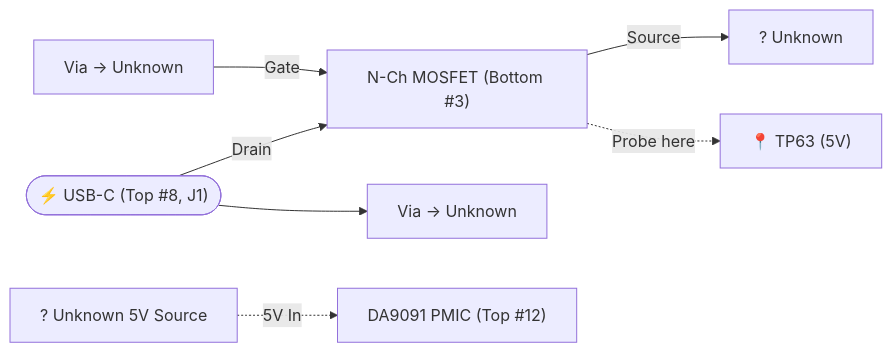
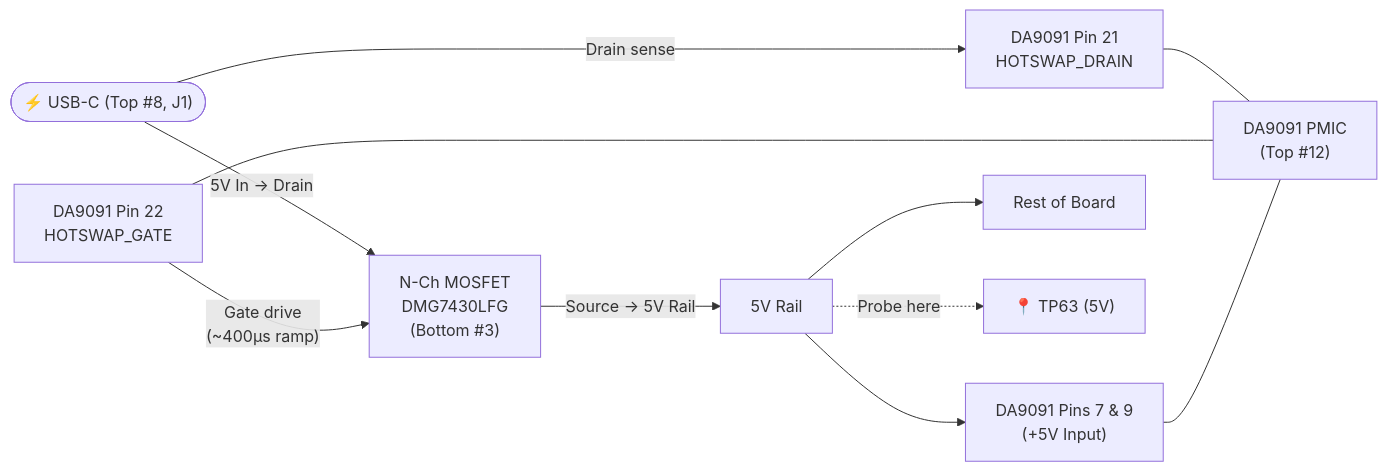
One commit to dpetzel/rpi-site changed the diagram in docs/pi5/troubleshooting/5v-power-flow.md. Above: the diagram before and after it, drawn with Mermaid. The commit also changed other lines of this file and 3 other files, not shown here.

First line of the commit message:
pi5: add DA9091 PMIC pin mapping and power rail data from CM5 reverse engineering

````diff
--- a/docs/pi5/troubleshooting/5v-power-flow.md
+++ b/docs/pi5/troubleshooting/5v-power-flow.md
@@ -19,10 +21,14 @@
 ```mermaid
 flowchart LR
-    USB(["⚡ USB-C (Top #8, J1)"]) -- Drain --> MOSFET["N-Ch MOSFET (Bottom #3)"]
-    USB --> VIA1["Via → Unknown"]
-    VIA2["Via → Unknown"] -- Gate --> MOSFET
-    MOSFET -- Source --> DEST["? Unknown"]
-    MOSFET -. "Probe here" .-> TP63["📍 TP63 (5V)"]
+    USB(["⚡ USB-C (Top #8, J1)"]) -- "5V In → Drain" --> MOSFET["N-Ch MOSFET\nDMG7430LFG\n(Bottom #3)"]
+    USB -- "Drain sense" --> PMIC_DRAIN["DA9091 Pin 21\nHOTSWAP_DRAIN"]
+    PMIC_GATE["DA9091 Pin 22\nHOTSWAP_GATE"] -- "Gate drive\n(~400µs ramp)" --> MOSFET
+    MOSFET -- "Source → 5V Rail" --> RAIL["5V Rail"]
+    RAIL --> PMIC_5V["DA9091 Pins 7 & 9\n(+5V Input)"]
+    RAIL --> BOARD["Rest of Board"]
+    RAIL -. "Probe here" .-> TP63["📍 TP63 (5V)"]
 
-    UNKNOWN_5V["? Unknown 5V Source"] -. "5V In" .-> PMIC["DA9091 PMIC (Top #12)"]
+    PMIC_DRAIN --- PMIC["DA9091 PMIC\n(Top #12)"]
+    PMIC_GATE --- PMIC
+    PMIC_5V --- PMIC
 ```
````
